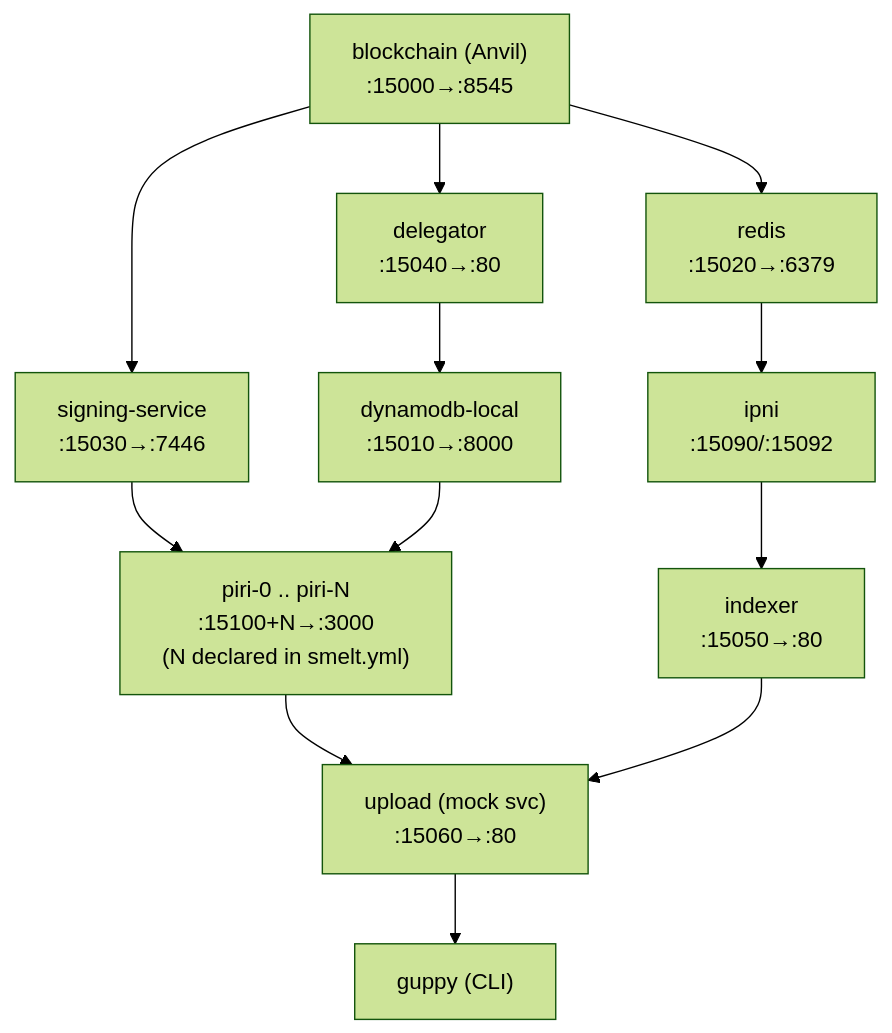
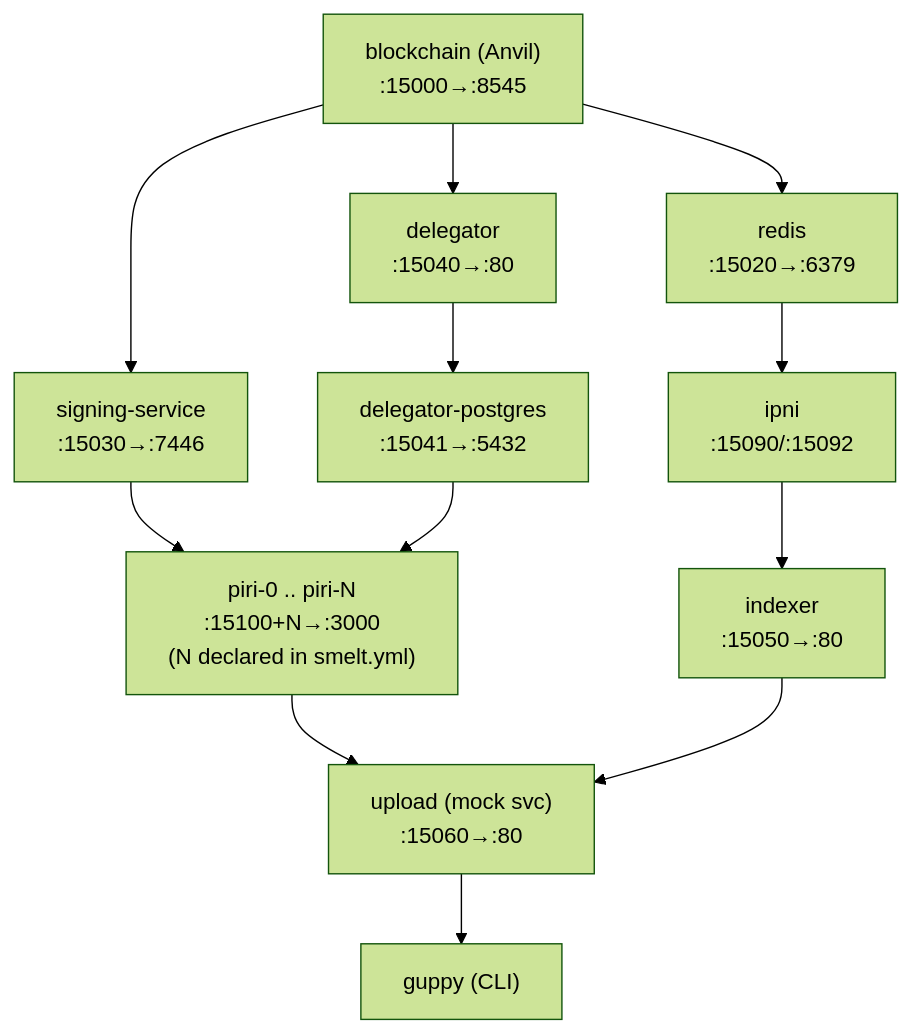
One commit to fil-forge/smelt changed the first of 12 diagrams in docs/ARCHITECTURE.md. Above: the diagram before and after it, drawn with Mermaid (forest theme). The commit also changed other lines of this file and 58 other files, not shown here.

First line of the commit message:
sc-1123 feat(delegator): keep state in Postgres (#90)

````diff
--- a/docs/ARCHITECTURE.md
+++ b/docs/ARCHITECTURE.md
@@ -59,20 +59,20 @@
 ```mermaid
 flowchart TB
     blockchain["blockchain (Anvil)<br/>:15000→:8545"]
 
     blockchain --> signing["signing-service<br/>:15030→:7446"]
     blockchain --> delegator["delegator<br/>:15040→:80"]
     blockchain --> redis["redis<br/>:15020→:6379"]
 
-    delegator --> dynamodb["dynamodb-local<br/>:15010→:8000"]
+    delegator --> delegator_pg["delegator-postgres<br/>:15041→:5432"]
     redis --> ipni["ipni<br/>:15090/:15092"]
 
     signing --> piri["piri-0 .. piri-N<br/>:15100+N→:3000<br/>(N declared in smelt.yml)"]
-    dynamodb --> piri
+    delegator_pg --> piri
     ipni --> indexer["indexer<br/>:15050→:80"]
 
     piri --> upload["upload (mock svc)<br/>:15060→:80"]
     indexer --> upload
 
     upload --> guppy["guppy (CLI)"]
 ```
````
